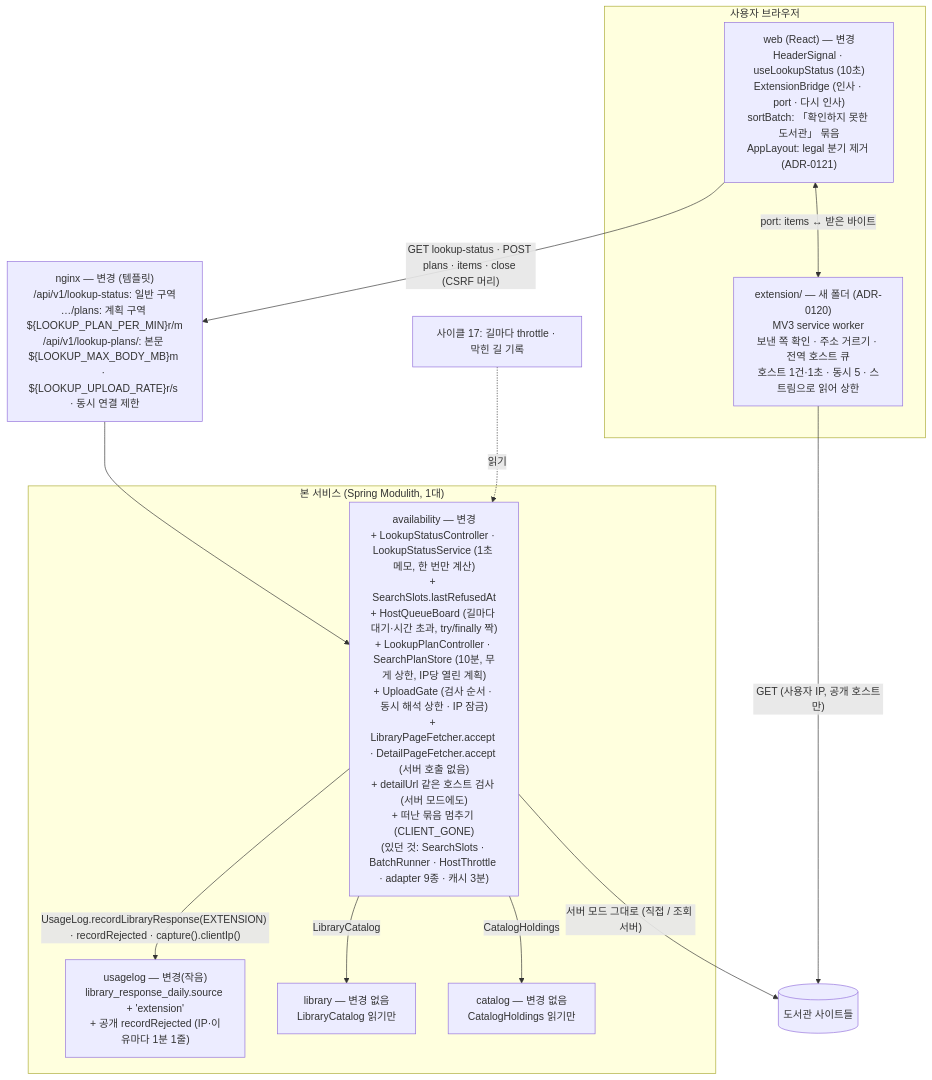
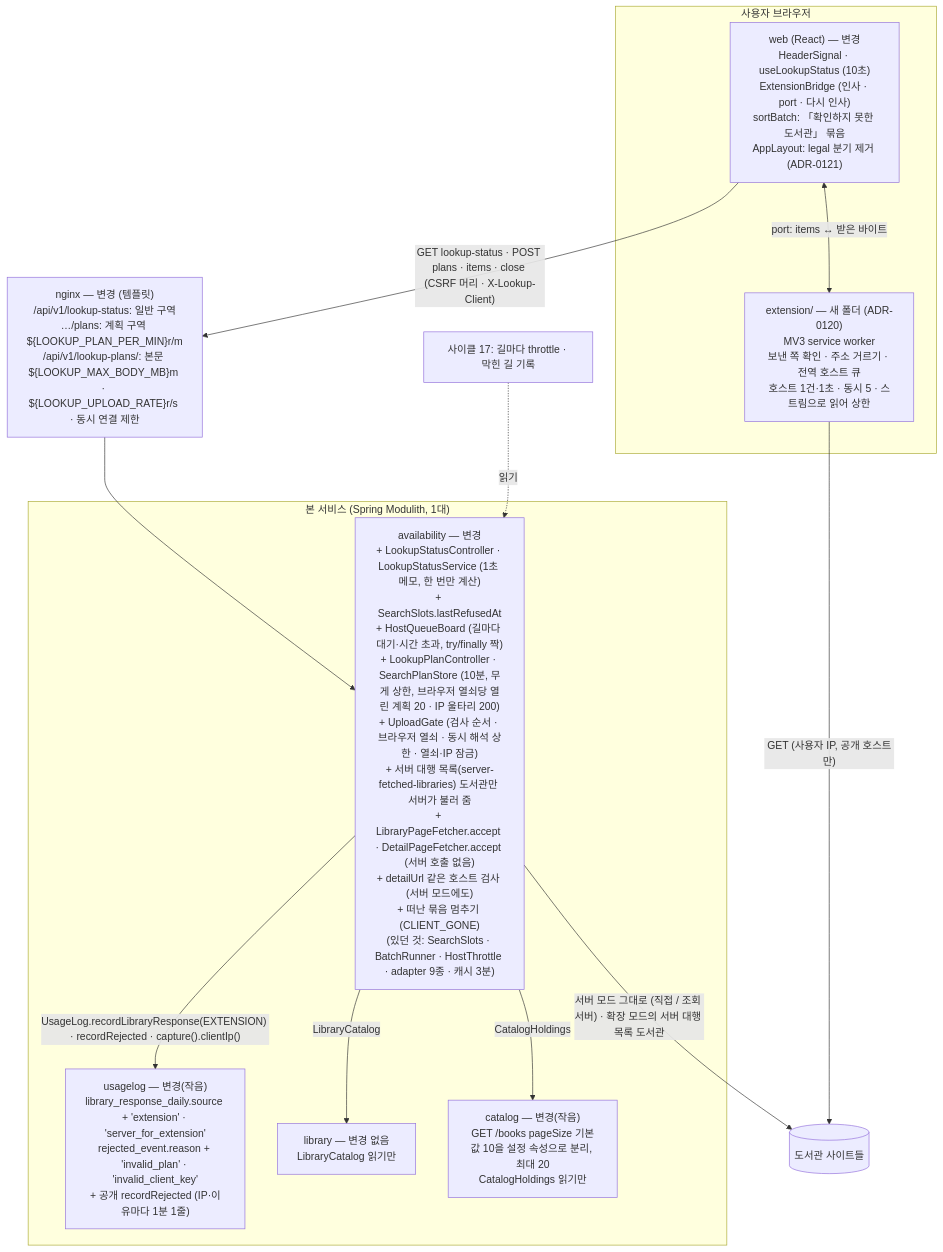
One commit to hodu-sketch/chaekcheck-plan changed the first of 6 diagrams in docs/cycles/20-lookup-status-and-extension/design-delta.md. Above: the diagram before and after it, drawn with Mermaid. The commit also changed other lines of this file and 11 other files, not shown here.

Commit message:
cycle 20: apply design review fixes (env name, CHECKs, browser key everywhere, stale values, ACs, ADR-0131); review items #27-#31

````diff
--- a/docs/cycles/20-lookup-status-and-extension/design-delta.md
+++ b/docs/cycles/20-lookup-status-and-extension/design-delta.md
@@ -15,22 +16,22 @@
 ```mermaid
 flowchart TB
   subgraph browser["사용자 브라우저"]
     web["web (React) — 변경<br/>HeaderSignal · useLookupStatus (10초)<br/>ExtensionBridge (인사 · port · 다시 인사)<br/>sortBatch: 「확인하지 못한 도서관」 묶음<br/>AppLayout: legal 분기 제거 (ADR-0121)"]
     ext["extension/ — 새 폴더 (ADR-0120)<br/>MV3 service worker<br/>보낸 쪽 확인 · 주소 거르기 · 전역 호스트 큐<br/>호스트 1건·1초 · 동시 5 · 스트림으로 읽어 상한"]
   end
   nginx["nginx — 변경 (템플릿)<br/>/api/v1/lookup-status: 일반 구역<br/>…/plans: 계획 구역 ${LOOKUP_PLAN_PER_MIN}r/m<br/>/api/v1/lookup-plans/: 본문 ${LOOKUP_MAX_BODY_MB}m · ${LOOKUP_UPLOAD_RATE}r/s · 동시 연결 제한"]
   subgraph main["본 서비스 (Spring Modulith, 1대)"]
-    av["availability — 변경<br/>+ LookupStatusController · LookupStatusService (1초 메모, 한 번만 계산)<br/>+ SearchSlots.lastRefusedAt<br/>+ HostQueueBoard (길마다 대기·시간 초과, try/finally 짝)<br/>+ LookupPlanController · SearchPlanStore (10분, 무게 상한, IP당 열린 계획)<br/>+ UploadGate (검사 순서 · 동시 해석 상한 · IP 잠금)<br/>+ LibraryPageFetcher.accept · DetailPageFetcher.accept (서버 호출 없음)<br/>+ detailUrl 같은 호스트 검사 (서버 모드에도)<br/>+ 떠난 묶음 멈추기 (CLIENT_GONE)<br/>(있던 것: SearchSlots · BatchRunner · HostThrottle · adapter 9종 · 캐시 3분)"]
-    ul["usagelog — 변경(작음)<br/>library_response_daily.source + 'extension'<br/>+ 공개 recordRejected (IP·이유마다 1분 1줄)"]
+    av["availability — 변경<br/>+ LookupStatusController · LookupStatusService (1초 메모, 한 번만 계산)<br/>+ SearchSlots.lastRefusedAt<br/>+ HostQueueBoard (길마다 대기·시간 초과, try/finally 짝)<br/>+ LookupPlanController · SearchPlanStore (10분, 무게 상한, 브라우저 열쇠당 열린 계획 20 · IP 울타리 200)<br/>+ UploadGate (검사 순서 · 브라우저 열쇠 · 동시 해석 상한 · 열쇠·IP 잠금)<br/>+ 서버 대행 목록(server-fetched-libraries) 도서관만 서버가 불러 줌<br/>+ LibraryPageFetcher.accept · DetailPageFetcher.accept (서버 호출 없음)<br/>+ detailUrl 같은 호스트 검사 (서버 모드에도)<br/>+ 떠난 묶음 멈추기 (CLIENT_GONE)<br/>(있던 것: SearchSlots · BatchRunner · HostThrottle · adapter 9종 · 캐시 3분)"]
+    ul["usagelog — 변경(작음)<br/>library_response_daily.source + 'extension' · 'server_for_extension'<br/>rejected_event.reason + 'invalid_plan' · 'invalid_client_key'<br/>+ 공개 recordRejected (IP·이유마다 1분 1줄)"]
     lib["library — 변경 없음<br/>LibraryCatalog 읽기만"]
-    cat["catalog — 변경 없음<br/>CatalogHoldings 읽기만"]
+    cat["catalog — 변경(작음)<br/>GET /books pageSize 기본값 10을 설정 속성으로 분리, 최대 20<br/>CatalogHoldings 읽기만"]
     av -->|"UsageLog.recordLibraryResponse(EXTENSION) · recordRejected · capture().clientIp()"| ul
     av -->|"LibraryCatalog"| lib
     av -->|"CatalogHoldings"| cat
   end
-  web -->|"GET lookup-status · POST plans · items · close (CSRF 머리)"| nginx --> av
+  web -->|"GET lookup-status · POST plans · items · close (CSRF 머리 · X-Lookup-Client)"| nginx --> av
   web <-->|"port: items ↔ 받은 바이트"| ext
   ext -->|"GET (사용자 IP, 공개 호스트만)"| sites[("도서관 사이트들")]
-  av -->|"서버 모드 그대로 (직접 / 조회 서버)"| sites
+  av -->|"서버 모드 그대로 (직접 / 조회 서버) · 확장 모드의 서버 대행 목록 도서관"| sites
   bl["사이클 17: 길마다 throttle · 막힌 길 기록"] -.->|"읽기"| av
 ```
````
